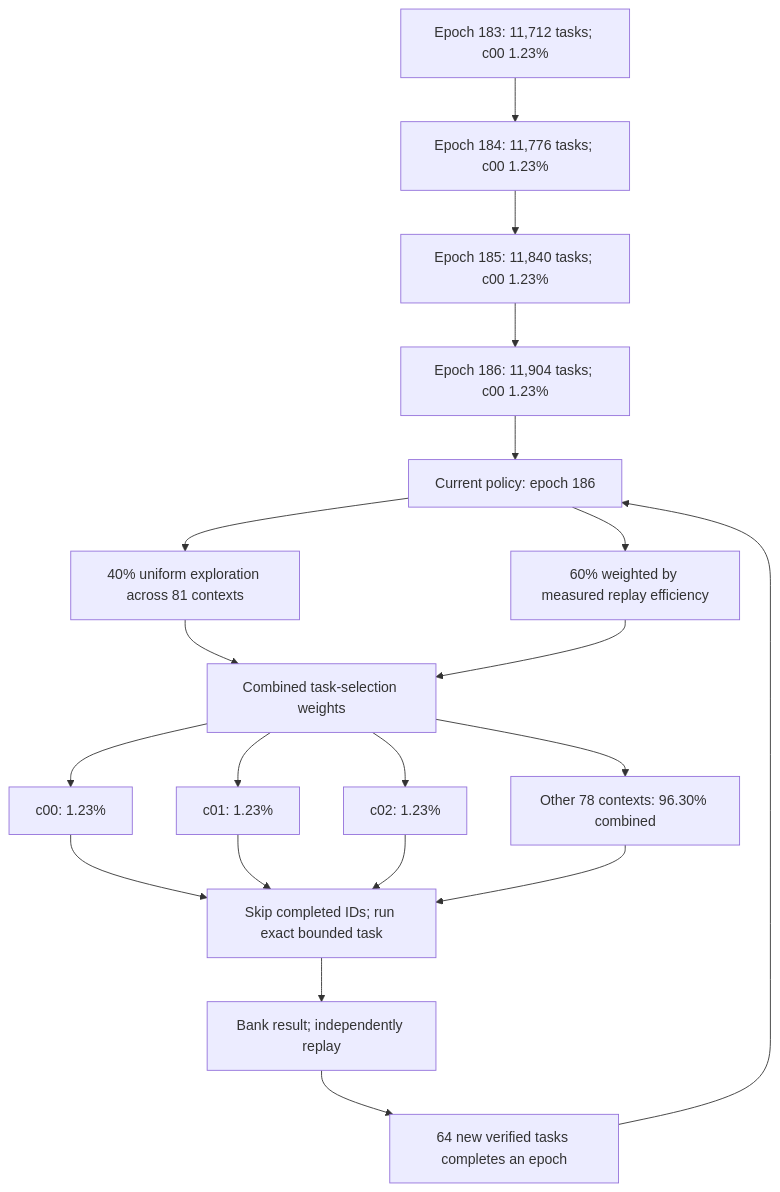
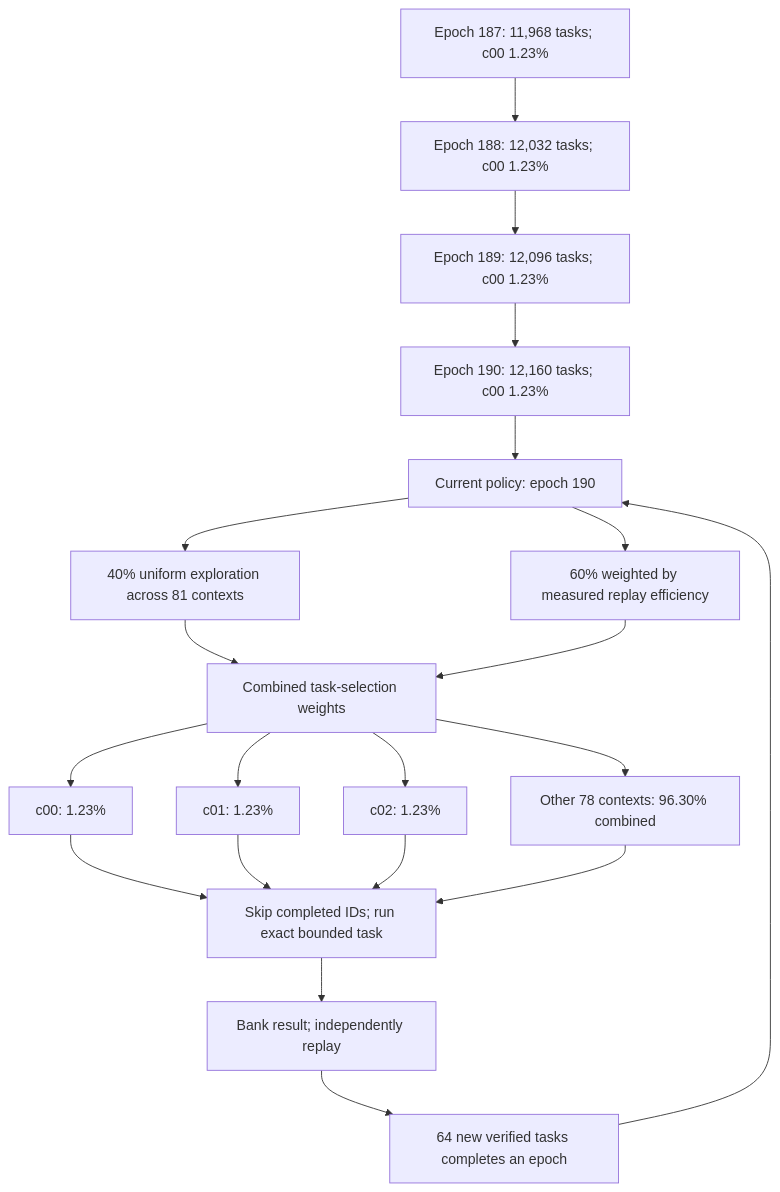
Before and after one commit to Kuberwastaken/math-gambling: the diagram in README.md, drawn with Mermaid. The commit also changed other lines of this file and 590 other files, not shown here.

````diff
--- a/README.md
+++ b/README.md
@@ -49,27 +49,27 @@
 ```mermaid
 flowchart TD
-    H0["Epoch 183: 11,712 tasks; c00 1.23%"]
-    H1["Epoch 184: 11,776 tasks; c00 1.23%"]
+    H0["Epoch 187: 11,968 tasks; c00 1.23%"]
+    H1["Epoch 188: 12,032 tasks; c00 1.23%"]
     H0 --> H1
-    H2["Epoch 185: 11,840 tasks; c00 1.23%"]
+    H2["Epoch 189: 12,096 tasks; c00 1.23%"]
     H1 --> H2
-    H3["Epoch 186: 11,904 tasks; c00 1.23%"]
+    H3["Epoch 190: 12,160 tasks; c00 1.23%"]
     H2 --> H3
-    Policy["Current policy: epoch 186"]
+    Policy["Current policy: epoch 190"]
     H3 --> Policy
     Policy --> Explore["40% uniform exploration across 81 contexts"]
     Policy --> Cost["60% weighted by measured replay efficiency"]
     Explore --> Mix["Combined task-selection weights"]
     Cost --> Mix
     Mix --> C0["c00: 1.23%"]
     Mix --> C1["c01: 1.23%"]
     Mix --> C2["c02: 1.23%"]
     Mix --> Rest["Other 78 contexts: 96.30% combined"]
     C0 --> Check["Skip completed IDs; run exact bounded task"]
     C1 --> Check
     C2 --> Check
     Rest --> Check
     Check --> Replay["Bank result; independently replay"]
     Replay --> Gate["64 new verified tasks completes an epoch"]
     Gate --> Policy
 ```
````
